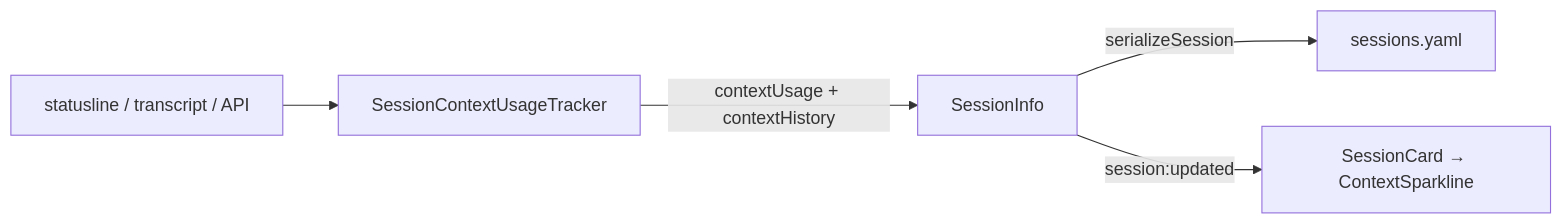
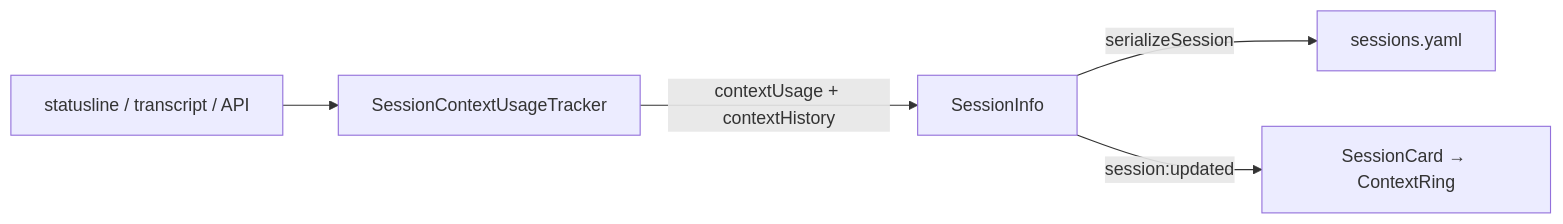
One commit to PetePeter/helm changed the second of 3 diagrams in docs/session-list-previews.md. Above: the diagram before and after it, drawn with Mermaid. The commit also changed other lines of this file and 4 other files, not shown here.

First line of the commit message:
fix(sessions): desktop row shows context only through the ring

````diff
--- a/docs/session-list-previews.md
+++ b/docs/session-list-previews.md
@@ -81,7 +81,7 @@
 ```mermaid
 graph LR
   SL[statusline / transcript / API] --> T[SessionContextUsageTracker]
   T -->|contextUsage + contextHistory| SI[SessionInfo]
   SI -->|serializeSession| Y[sessions.yaml]
-  SI -->|session:updated| R[SessionCard → ContextSparkline]
+  SI -->|session:updated| R[SessionCard → ContextRing]
 ```
````
